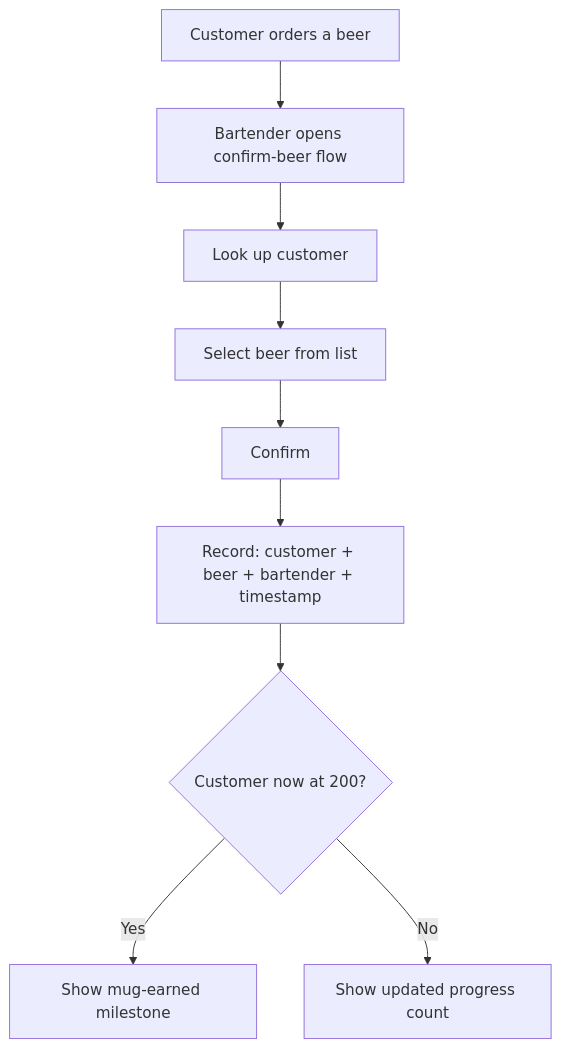
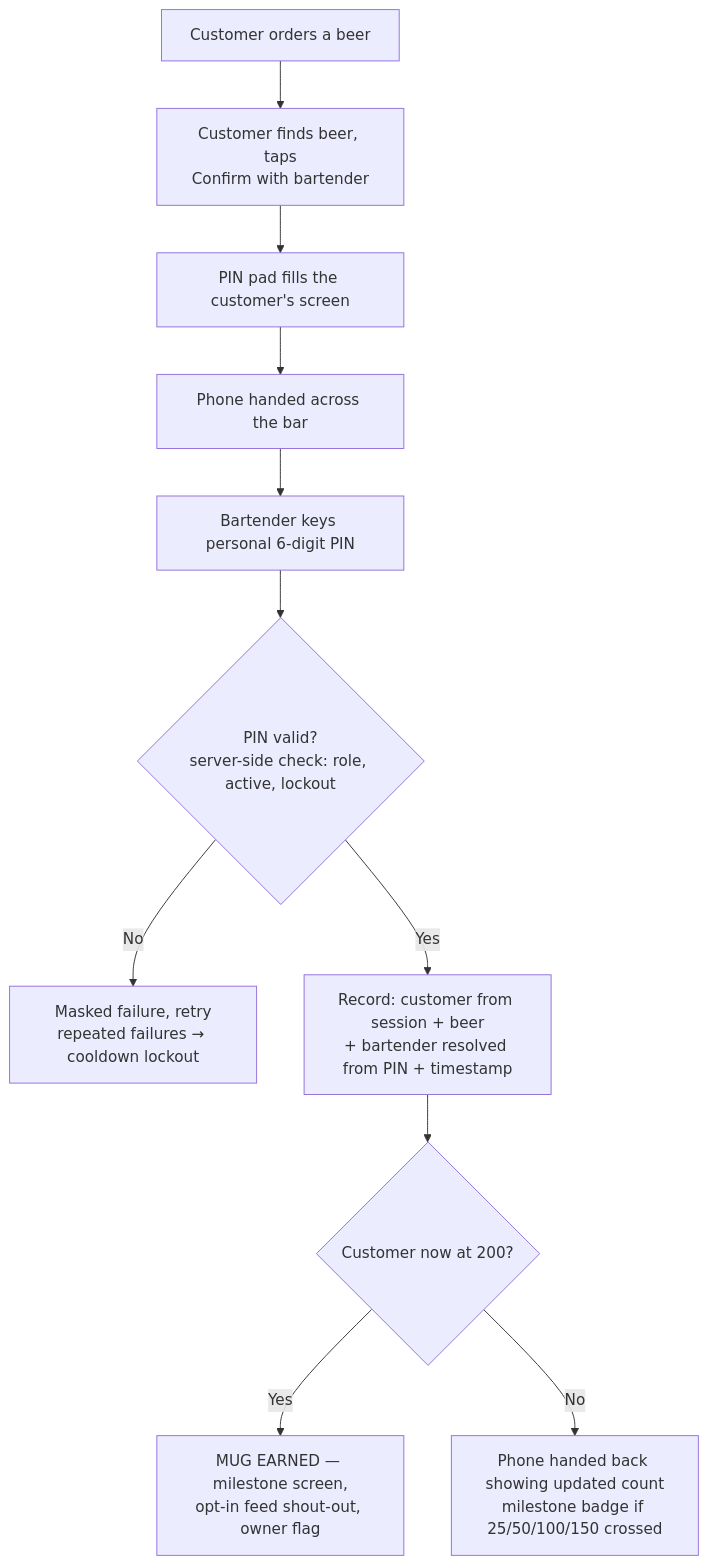
Before and after one commit to pmconnolly80/FinalCapstone: the second of 6 diagrams in PRODUCT_FLOW_DIAGRAM.md, drawn with Mermaid. The commit also changed other lines of this file and 10 other files, not shown here.

````diff
--- a/PRODUCT_FLOW_DIAGRAM.md
+++ b/PRODUCT_FLOW_DIAGRAM.md
@@ -20,11 +19,13 @@
 ```mermaid
 flowchart TD
-    A[Customer orders a beer] --> B[Bartender opens confirm-beer flow]
-    B --> C[Look up customer]
-    C --> D[Select beer from list]
-    D --> E[Confirm]
-    E --> F[Record: customer + beer + bartender + timestamp]
-    F --> G{Customer now at 200?}
-    G -->|Yes| H[Show mug-earned milestone]
-    G -->|No| I[Show updated progress count]
+    A[Customer orders a beer] --> B[Customer finds beer, taps<br/>Confirm with bartender]
+    B --> C[PIN pad fills the customer's screen]
+    C --> D[Phone handed across the bar]
+    D --> E[Bartender keys personal 6-digit PIN]
+    E --> F{PIN valid?<br/>server-side check: role, active, lockout}
+    F -->|No| G[Masked failure, retry<br/>repeated failures → cooldown lockout]
+    F -->|Yes| H[Record: customer from session + beer<br/>+ bartender resolved from PIN + timestamp]
+    H --> I{Customer now at 200?}
+    I -->|Yes| J[MUG EARNED — milestone screen,<br/>opt-in feed shout-out, owner flag]
+    I -->|No| K[Phone handed back showing updated count<br/>milestone badge if 25/50/100/150 crossed]
 ```
````
